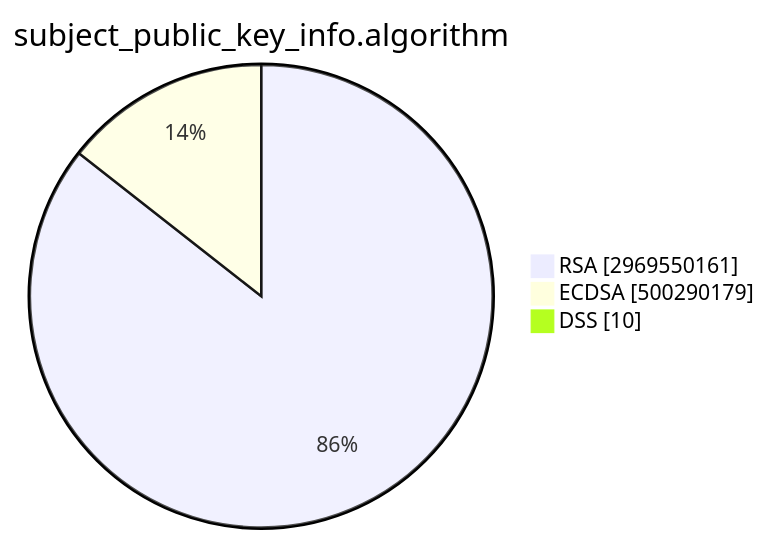
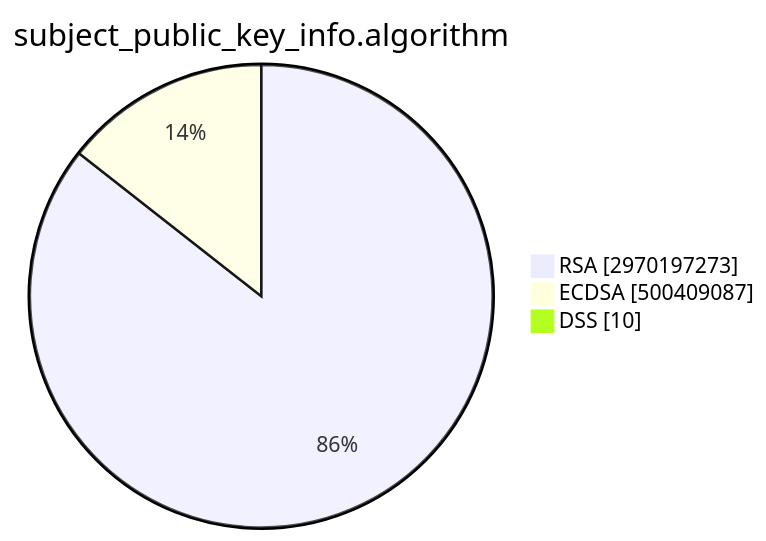
The second of 15 diagrams in TOTAL/README.md (christiankrug/ctmonitor_visualization), drawn with Mermaid before and after one commit. The commit also changed other lines of this file, not shown here.

````diff
--- a/TOTAL/README.md
+++ b/TOTAL/README.md
@@ -6,7 +6,7 @@
 ```mermaid
 pie showData
 title subject_public_key_info.algorithm
-"RSA" :2969550161
-"ECDSA" :500290179
+"RSA" :2970197273
+"ECDSA" :500409087
 "DSS" :10
 ```
````
